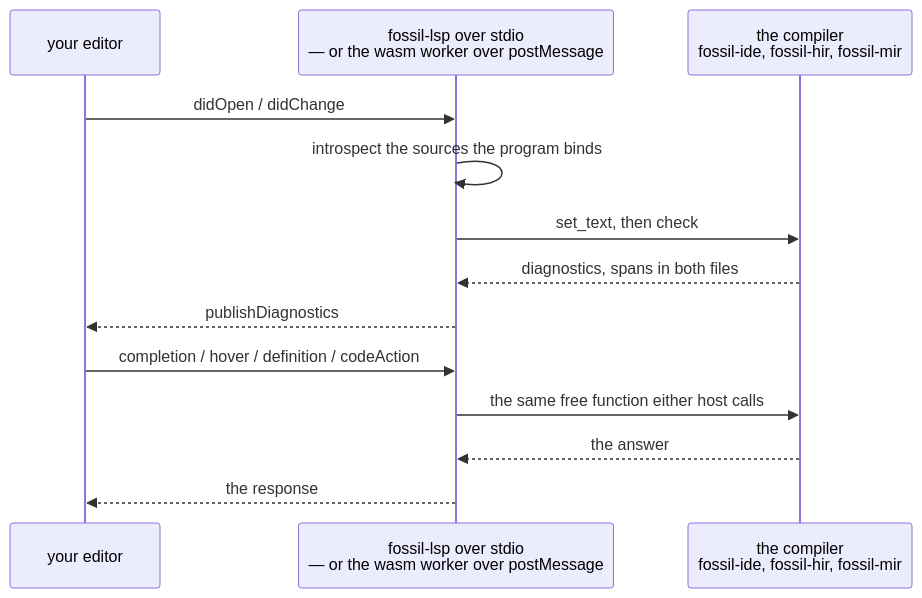
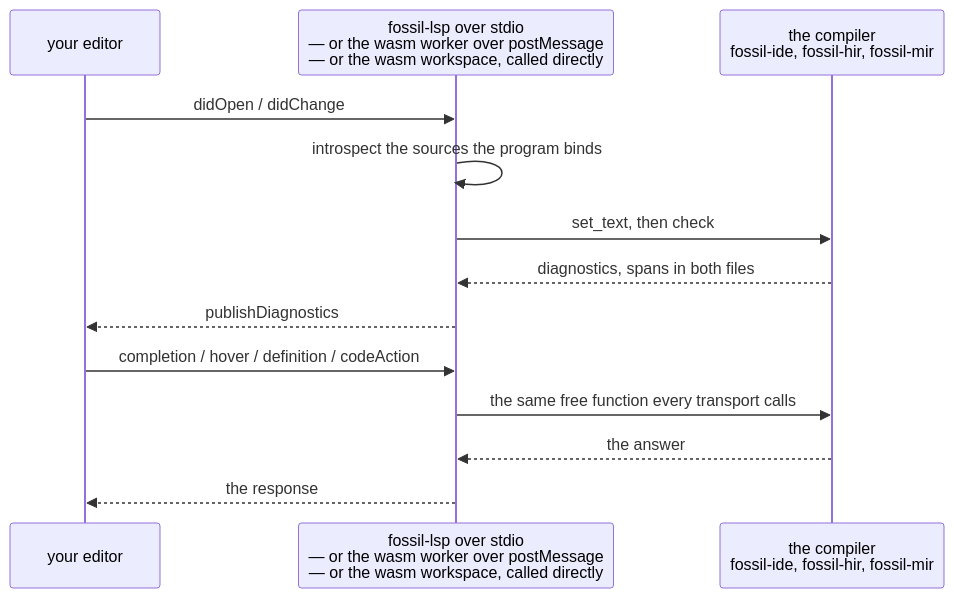
The diagram in apps/docs/content/docs/book/editor.mdx (Kanzo-Tech/fossil-lang), drawn with Mermaid before and after one commit. The commit also changed other lines of this file and 1 other file, not shown here.

````diff
--- a/apps/docs/content/docs/book/editor.mdx
+++ b/apps/docs/content/docs/book/editor.mdx
@@ -56,15 +56,15 @@
 ```mermaid
 sequenceDiagram
   participant E as your editor
-  participant S as fossil-lsp over stdio<br/>— or the wasm worker over postMessage
+  participant S as fossil-lsp over stdio<br/>— or the wasm worker over postMessage<br/>— or the wasm workspace, called directly
   participant C as the compiler<br/>fossil-ide, fossil-hir, fossil-mir
   E->>S: didOpen / didChange
   S->>S: introspect the sources the program binds
   S->>C: set_text, then check
   C-->>S: diagnostics, spans in both files
   S-->>E: publishDiagnostics
   E->>S: completion / hover / definition / codeAction
-  S->>C: the same free function either host calls
+  S->>C: the same free function every transport calls
   C-->>S: the answer
   S-->>E: the response
 ```
````
